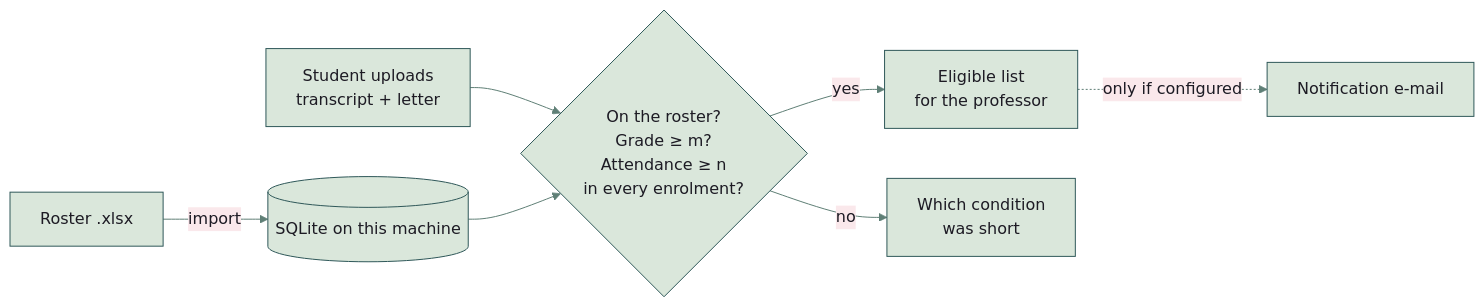
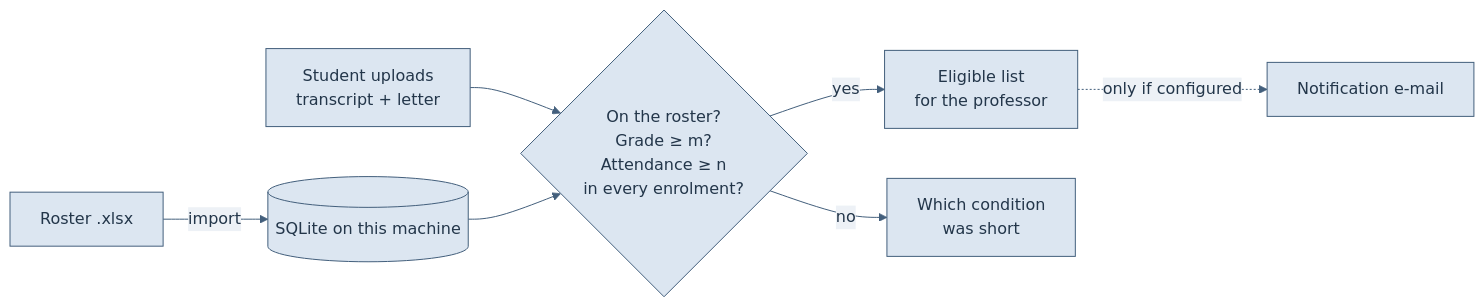
Before and after one commit to NickkkLian/Prof-Reference-System: the diagram in README.md, drawn with Mermaid. The commit also changed other lines of this file and 39 other files, not shown here.

````diff
--- a/README.md
+++ b/README.md
@@ -47,10 +47,10 @@
 ```mermaid
-%%{init: {"theme": "base", "themeVariables": {"darkMode": false, "fontFamily": "Inter, BlinkMacSystemFont, Segoe UI, Helvetica Neue, Helvetica, Arial", "primaryColor": "#dae7db", "mainBkg": "#dae7db", "primaryTextColor": "#1d1b24", "nodeTextColor": "#1d1b24", "textColor": "#1d1b24", "primaryBorderColor": "#2f5859", "nodeBorder": "#2f5859", "secondaryColor": "#fae8eb", "tertiaryColor": "#f7e9e8", "lineColor": "#5f7f76", "arrowheadColor": "#5f7f76", "defaultLinkColor": "#5f7f76", "edgeLabelBackground": "#fae8eb", "clusterBkg": "#f7e9e8", "clusterBorder": "#a8707a", "titleColor": "#7d2d44"}}}%%
+%%{init: {"theme": "base", "themeVariables": {"darkMode": false, "fontFamily": "Instrument Sans, sans-serif", "primaryColor": "#dce6f1", "mainBkg": "#dce6f1", "primaryTextColor": "#23364a", "nodeTextColor": "#23364a", "textColor": "#23364a", "primaryBorderColor": "#435f7c", "nodeBorder": "#435f7c", "secondaryColor": "#edf1f6", "tertiaryColor": "#e7edf4", "lineColor": "#435f7c", "arrowheadColor": "#435f7c", "defaultLinkColor": "#435f7c", "edgeLabelBackground": "#edf1f6", "clusterBkg": "#e7edf4", "clusterBorder": "#cdd7e3", "titleColor": "#435f7c"}}}%%
 flowchart LR
   R[Roster .xlsx] -->|import| DB[(SQLite on this machine)]
   S[Student uploads<br/>transcript + letter] --> C{On the roster?<br/>Grade ≥ m?<br/>Attendance ≥ n<br/>in every enrolment?}
   DB --> C
   C -->|yes| E[Eligible list<br/>for the professor]
   C -->|no| W[Which condition<br/>was short]
   E -.->|only if configured| M[Notification e-mail]
 ```
````
